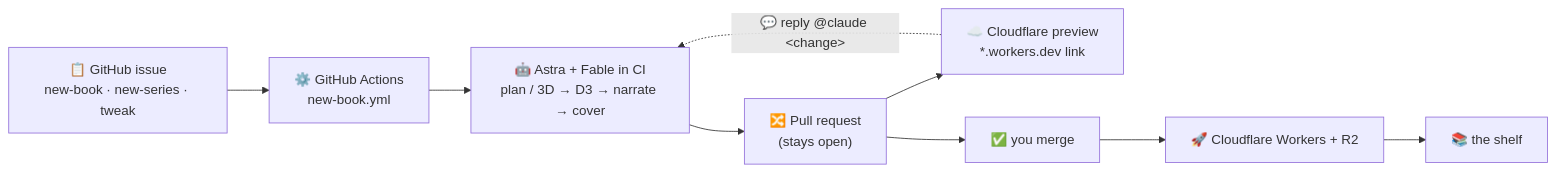
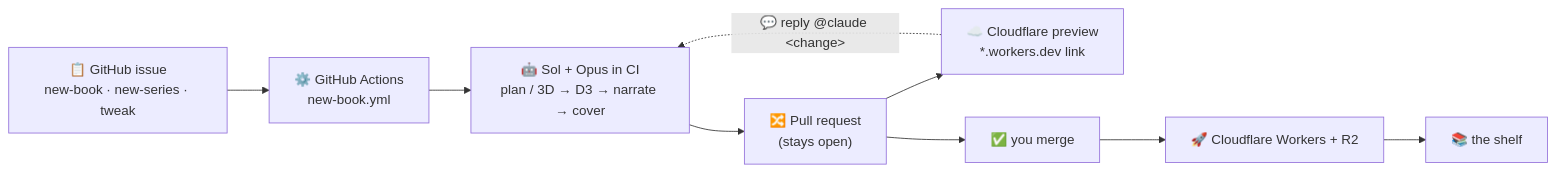
Before and after one commit to BLamy/orly: the diagram in README.md, drawn with Mermaid. The commit also changed other lines of this file and 26 other files, not shown here.

Commit message:
chore: use Sol and Opus 5.5 for authoring

````diff
--- a/README.md
+++ b/README.md
@@ -51,11 +51,11 @@
 ```mermaid
 flowchart LR
   issue["📋 GitHub issue<br/>new-book · new-series · tweak"] --> ci["⚙️ GitHub Actions<br/>new-book.yml"]
-  ci --> claude["🤖 Astra + Fable in CI<br/>plan / 3D → D3 → narrate → cover"]
+  ci --> claude["🤖 Sol + Opus in CI<br/>plan / 3D → D3 → narrate → cover"]
   claude --> pr["🔀 Pull request<br/>(stays open)"]
   pr --> preview["☁️ Cloudflare preview<br/>*.workers.dev link"]
   preview -. "💬 reply @claude &lt;change&gt;" .-> claude
   pr --> merge["✅ you merge"]
   merge --> deploy["🚀 Cloudflare Workers + R2"]
   deploy --> shelf["📚 the shelf"]
 ```
````
